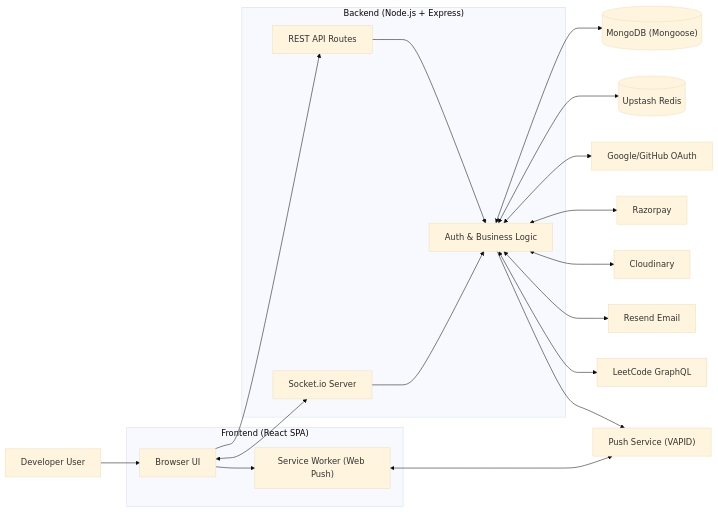
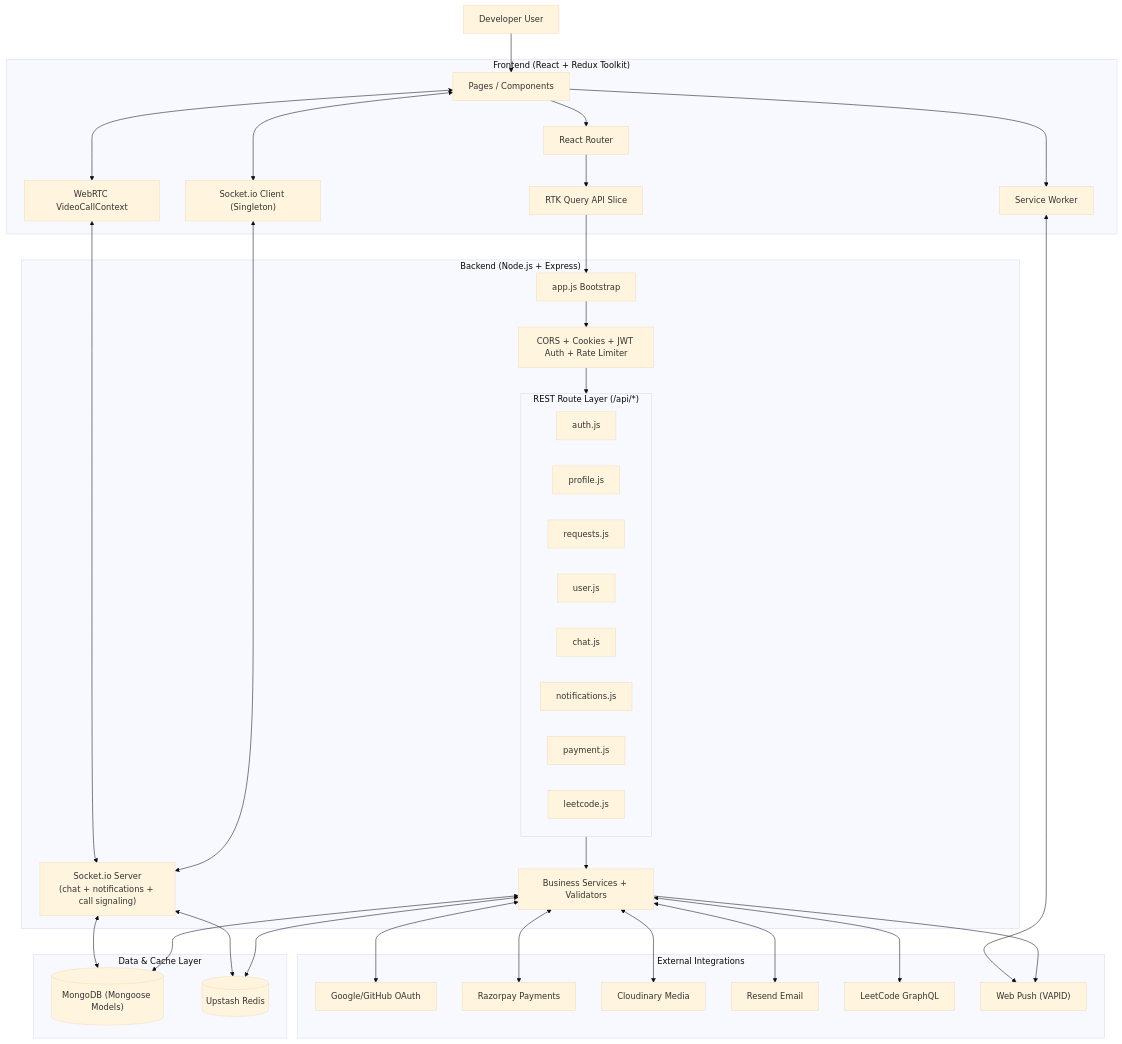
One commit to nirajkr26/devMatch changed the first of 2 diagrams in README.md. Above: the diagram before and after it, drawn with Mermaid (base theme).

Commit message:
Expand README system architecture diagram details

````diff
--- a/README.md
+++ b/README.md
@@ -134,41 +134,73 @@
 ```mermaid
-flowchart LR
+flowchart TB
     User["Developer User"]
 
-    subgraph Frontend["Frontend (React SPA)"]
-        Browser["Browser UI"]
-        SW["Service Worker (Web Push)"]
+    subgraph FE["Frontend (React + Redux Toolkit)"]
+        UI["Pages / Components"]
+        Router["React Router"]
+        RTK["RTK Query API Slice"]
+        SocketClient["Socket.io Client (Singleton)"]
+        VideoCtx["WebRTC VideoCallContext"]
+        SW["Service Worker"]
     end
 
-    subgraph Backend["Backend (Node.js + Express)"]
-        API["REST API Routes"]
-        Socket["Socket.io Server"]
-        Auth["Auth & Business Logic"]
+    subgraph BE["Backend (Node.js + Express)"]
+        App["app.js Bootstrap"]
+        Middleware["CORS + Cookies + JWT Auth + Rate Limiter"]
+
+        subgraph Routes["REST Route Layer (/api/*)"]
+            AuthR["auth.js"]
+            ProfileR["profile.js"]
+            RequestR["requests.js"]
+            UserR["user.js"]
+            ChatR["chat.js"]
+            NotificationR["notifications.js"]
+            PaymentR["payment.js"]
+            LeetR["leetcode.js"]
+        end
+
+        Services["Business Services + Validators"]
+        SocketServer["Socket.io Server\n(chat + notifications + call signaling)"]
     end
 
-    Mongo[("MongoDB (Mongoose)")]
-    Redis[("Upstash Redis")]
+    subgraph DATA["Data & Cache Layer"]
+        Mongo[("MongoDB (Mongoose Models)")]
+        Redis[("Upstash Redis")]
+    end
 
-    OAuth["Google/GitHub OAuth"]
-    Razorpay["Razorpay"]
-    Cloudinary["Cloudinary"]
-    Resend["Resend Email"]
-    LeetCode["LeetCode GraphQL"]
-    WebPush["Push Service (VAPID)"]
+    subgraph EXT["External Integrations"]
+        OAuth["Google/GitHub OAuth"]
+        Razorpay["Razorpay Payments"]
+        Cloudinary["Cloudinary Media"]
+        Resend["Resend Email"]
+        LeetCode["LeetCode GraphQL"]
+        Push["Web Push (VAPID)"]
+    end
 
-    User --> Browser
-    Browser --> API
-    Browser <--> Socket
-    Browser --> SW
-    API --> Auth
-    Socket --> Auth
-    Auth <--> Mongo
-    Auth <--> Redis
-    Auth <--> OAuth
-    Auth <--> Razorpay
-    Auth <--> Cloudinary
-    Auth <--> Resend
-    Auth <--> LeetCode
-    SW <--> WebPush
-    Auth --> WebPush
+    User --> UI
+    UI --> Router
+    Router --> RTK
+    UI <--> SocketClient
+    UI <--> VideoCtx
+    UI --> SW
+
+    RTK --> App
+    SocketClient <--> SocketServer
+    VideoCtx <--> SocketServer
+
+    App --> Middleware
+    Middleware --> Routes
+    Routes --> Services
+    Services <--> Mongo
+    Services <--> Redis
+    SocketServer <--> Mongo
+    SocketServer <--> Redis
+
+    Services <--> OAuth
+    Services <--> Razorpay
+    Services <--> Cloudinary
+    Services <--> Resend
+    Services <--> LeetCode
+    Services --> Push
+    SW <--> Push
 ```
````
